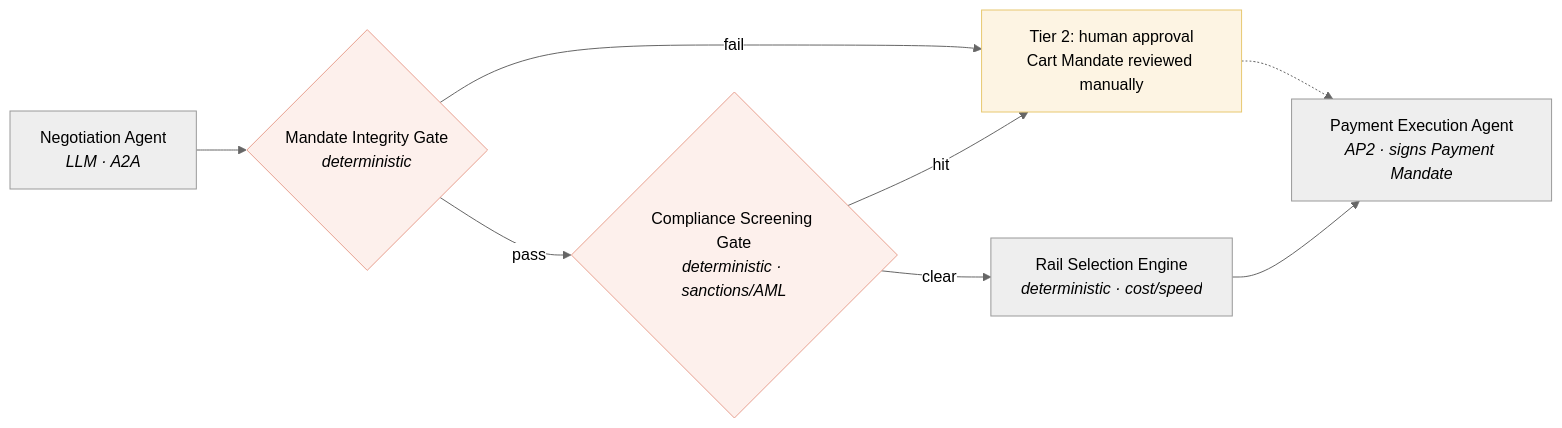
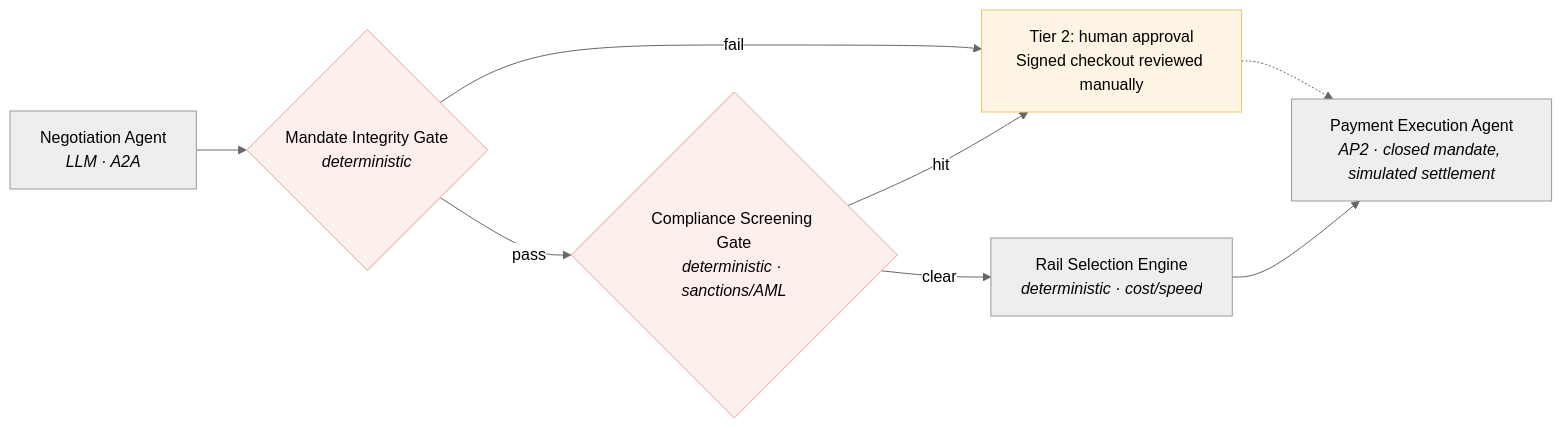
The diagram in README.md (raosiddharthp/Corridor), drawn with Mermaid (neutral theme) before and after one commit. The commit also changed other lines of this file and 2 other files, not shown here.

````diff
--- a/README.md
+++ b/README.md
@@ -70,14 +70,14 @@
 ```mermaid
 flowchart LR
     A[Negotiation Agent<br/><i>LLM · A2A</i>] --> B{Mandate Integrity Gate<br/><i>deterministic</i>}
-    B -- fail --> H1[Tier 2: human approval<br/>Cart Mandate reviewed manually]
+    B -- fail --> H1[Tier 2: human approval<br/>Signed checkout reviewed manually]
     B -- pass --> C{Compliance Screening Gate<br/><i>deterministic · sanctions/AML</i>}
     C -- hit --> H1
     C -- clear --> D[Rail Selection Engine<br/><i>deterministic · cost/speed</i>]
-    D --> E[Payment Execution Agent<br/><i>AP2 · signs Payment Mandate</i>]
+    D --> E[Payment Execution Agent<br/><i>AP2 · closed mandate, simulated settlement</i>]
     H1 -.-> E
 
     style B fill:#fdf0ec,stroke:#e8a090
     style C fill:#fdf0ec,stroke:#e8a090
     style H1 fill:#fdf4e3,stroke:#e8c870
 ```
````
